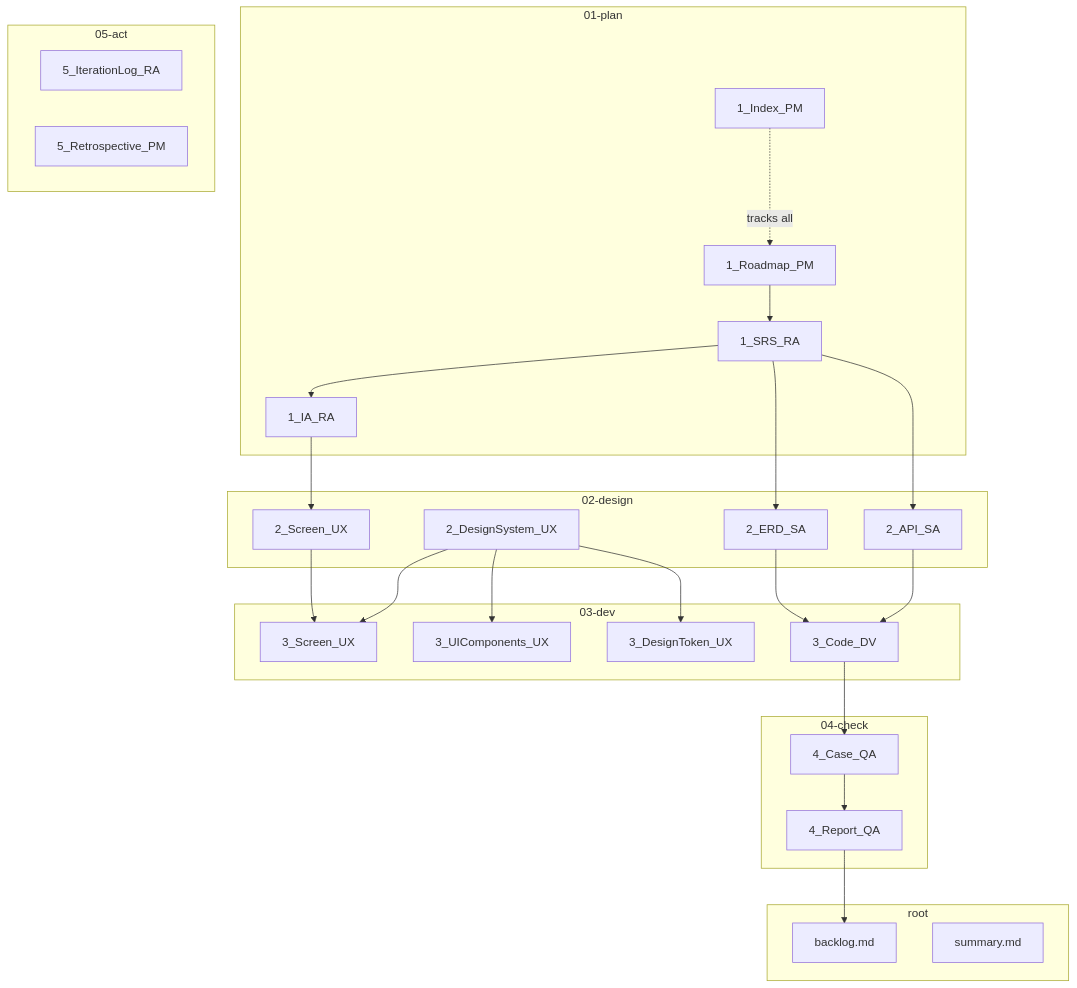
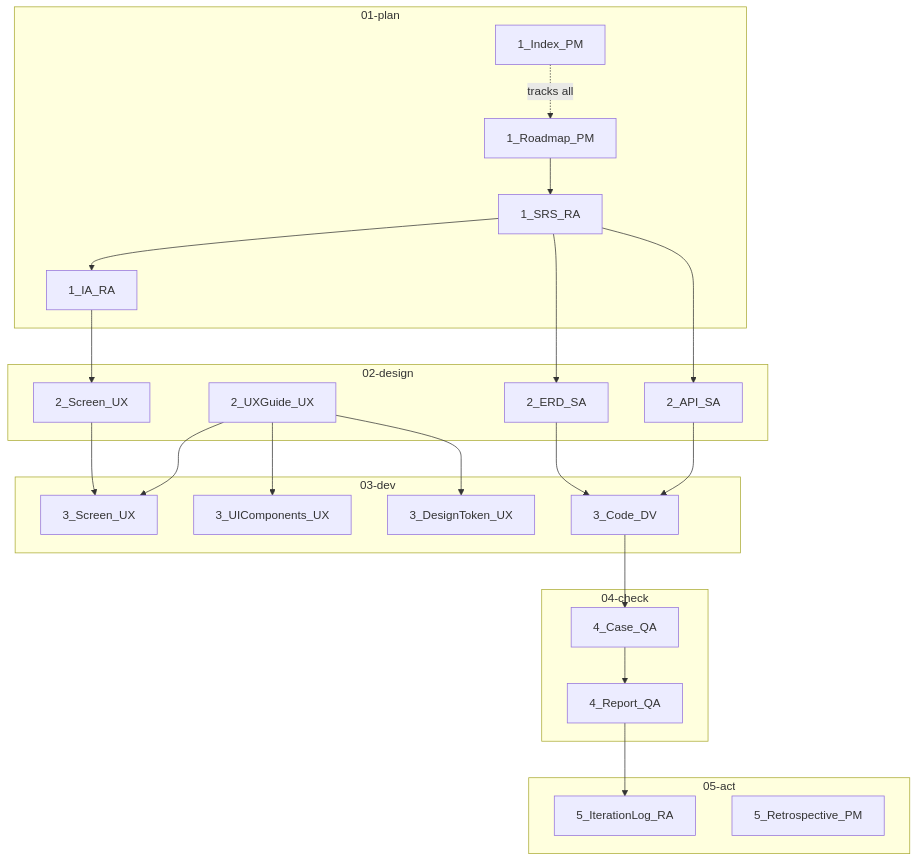
The first of 2 diagrams in templates/01-plan/1_Index_PM.template.md (upleat-ax/u-maker-plugin), drawn with Mermaid before and after one commit. The commit also changed other lines of this file and 214 other files, not shown here.

````diff
--- a/templates/01-plan/1_Index_PM.template.md
+++ b/templates/01-plan/1_Index_PM.template.md
@@ -81,54 +80,49 @@
 ```mermaid
 flowchart TD
     subgraph PLAN["01-plan"]
         ROADMAP[1_Roadmap_PM]
         SRS[1_SRS_RA]
         IA[1_IA_RA]
         INDEX[1_Index_PM]
     end
 
     subgraph DESIGN["02-design"]
         SCREEN[2_Screen_UX]
-        DSYS[2_DesignSystem_UX]
+        DSYS[2_UXGuide_UX]
         ERD[2_ERD_SA]
         API[2_API_SA]
     end
 
     subgraph DEV["03-dev"]
         CODE[3_Code_DV]
         SCR_UX[3_Screen_UX]
         UICOMP[3_UIComponents_UX]
         DTOKEN[3_DesignToken_UX]
     end
 
     subgraph CHECK["04-check"]
         CASE[4_Case_QA]
         REPORT[4_Report_QA]
     end
 
     subgraph ACT["05-act"]
         ITERLOG[5_IterationLog_RA]
         RETRO[5_Retrospective_PM]
     end
 
-    subgraph ROOT["root"]
-        BACKLOG[backlog.md]
-        SUMMARY[summary.md]
-    end
-
     ROADMAP --> SRS
     SRS --> IA
     SRS --> ERD
     SRS --> API
     IA --> SCREEN
     DSYS --> SCR_UX
     DSYS --> UICOMP
     DSYS --> DTOKEN
     ERD --> CODE
     API --> CODE
     SCREEN --> SCR_UX
     CODE --> CASE
     CASE --> REPORT
-    REPORT --> BACKLOG
+    REPORT --> ITERLOG
     INDEX -.->|tracks all| ROADMAP
 ```
````
